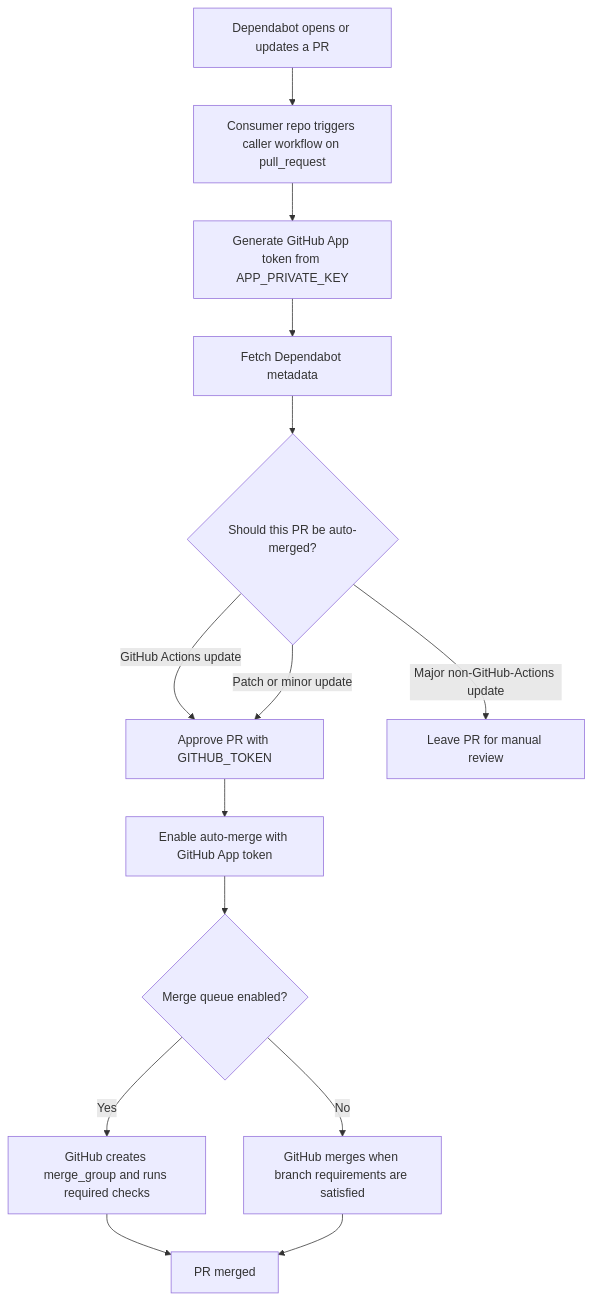
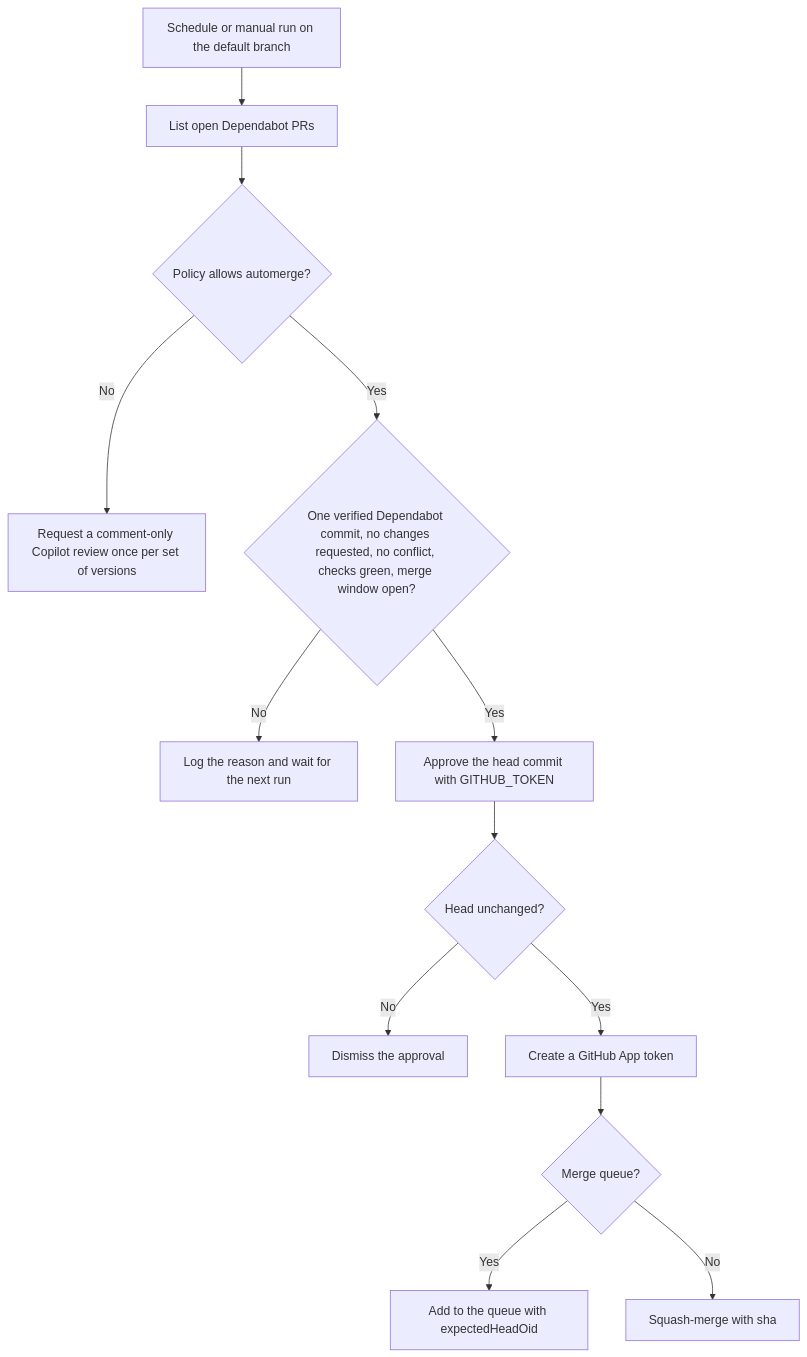
The diagram in docs/dependabot-automerge.md (navikt/teamesyfo-github-actions-workflows), drawn with Mermaid before and after one commit. The commit also changed other lines of this file and 12 other files, not shown here.

First line of the commit message:
feat(dependabot-automerge): legg til trygg v2 på tidsplan

````diff
--- a/docs/dependabot-automerge.md
+++ b/docs/dependabot-automerge.md
@@ -29,16 +51,15 @@
 ```mermaid
 flowchart TD
-    A[Dependabot opens or updates a PR] --> B[Consumer repo triggers caller workflow on pull_request]
-    B --> C[Generate GitHub App token from APP_PRIVATE_KEY]
-    C --> D[Fetch Dependabot metadata]
-    D --> E{Should this PR be auto-merged?}
-    E -->|GitHub Actions update| F[Approve PR with GITHUB_TOKEN]
-    E -->|Patch or minor update| F
-    E -->|Major non-GitHub-Actions update| G[Leave PR for manual review]
-    F --> H[Enable auto-merge with GitHub App token]
-    H --> I{Merge queue enabled?}
-    I -->|Yes| J[GitHub creates merge_group and runs required checks]
-    I -->|No| K[GitHub merges when branch requirements are satisfied]
-    J --> L[PR merged]
-    K --> L
+    A[Schedule or manual run on the default branch] --> B[List open Dependabot PRs]
+    B --> C{Policy allows automerge?}
+    C -->|No| D[Request a comment-only Copilot review once per set of versions]
+    C -->|Yes| E{One verified Dependabot commit, no changes requested, no conflict, checks green, merge window open?}
+    E -->|No| F[Log the reason and wait for the next run]
+    E -->|Yes| G[Approve the head commit with GITHUB_TOKEN]
+    G --> H{Head unchanged?}
+    H -->|No| I[Dismiss the approval]
+    H -->|Yes| J[Create a GitHub App token]
+    J --> K{Merge queue?}
+    K -->|Yes| L[Add to the queue with expectedHeadOid]
+    K -->|No| M[Squash-merge with sha]
 ```
````
